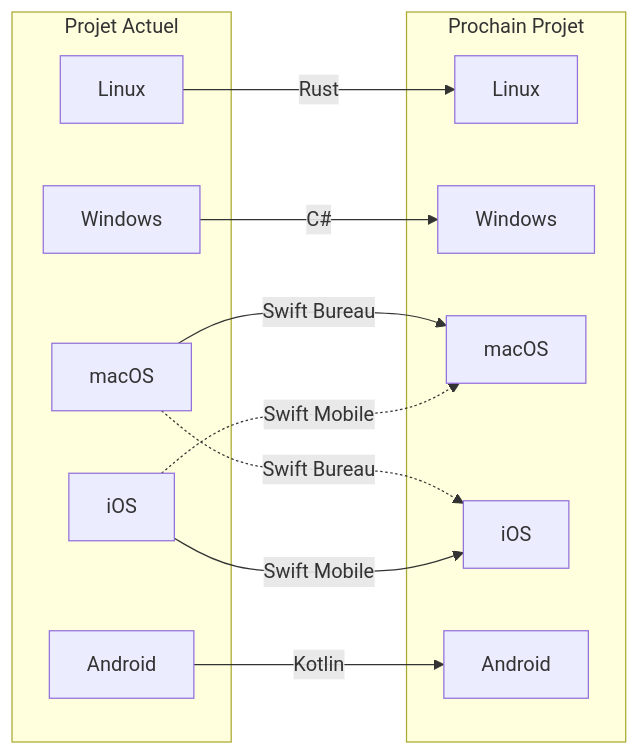
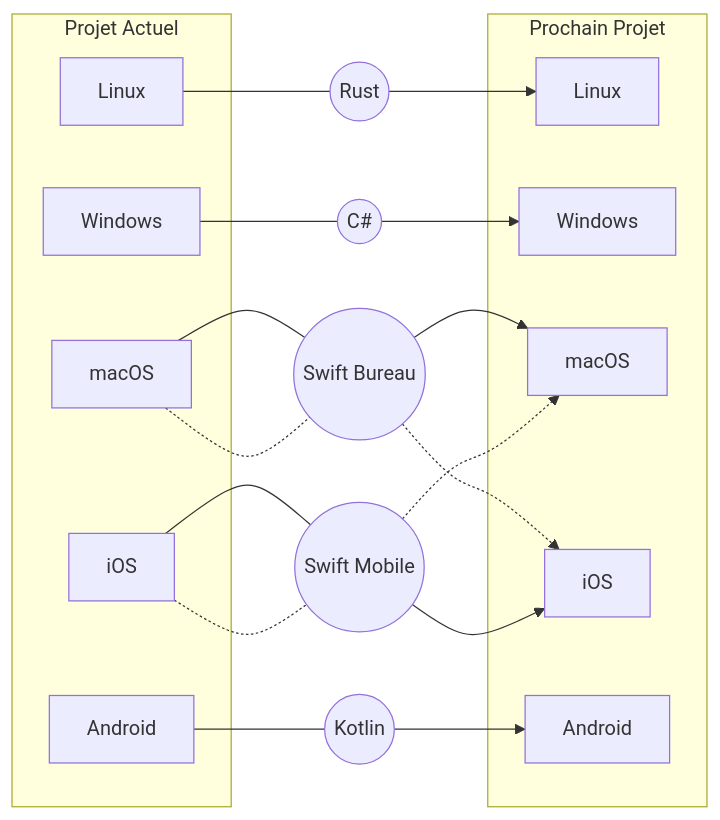
Before and after one commit to QuentinWidlocher/ThesePro: the first of 2 diagrams in these/03-PresentationDesResultats.md, drawn with Mermaid. The commit also changed other lines of this file, not shown here.

```diff
--- a/these/03-PresentationDesResultats.md
+++ b/these/03-PresentationDesResultats.md
@@ -184,24 +178,29 @@
 <div class="mermaid">
 graph LR
    subgraph Projet Actuel
       L1[Linux]
       W1[Windows]
       M1[macOS]
       A1[Android]
       I1[iOS]
    end
    subgraph Prochain Projet
       L2[Linux]
       W2[Windows]
       M2[macOS]
       I2[iOS]
       A2[Android]
    end
-   L1 -- Rust --> L2
-   W1 -- C# --> W2
-   M1 -- Swift Bureau --> M2
-   M1 -. Swift Bureau .-> I2
-   A1 -- Kotlin --> A2
-   I1 -- Swift Mobile --> I2
-   I1 -. Swift Mobile .-> M2
+   Rust((Rust))
+   C#((C#))
+   SwiftB((Swift Bureau))
+   SwiftM((Swift Mobile))
+   Kotlin((Kotlin))
+   L1 --- Rust --> L2
+   W1 --- C# --> W2
+   M1 --- SwiftB --> M2
+   M1 -.- SwiftB .-> I2
+   A1 --- Kotlin --> A2
+   I1 --- SwiftM --> I2
+   I1 -.- SwiftM .-> M2
 </div>
```
